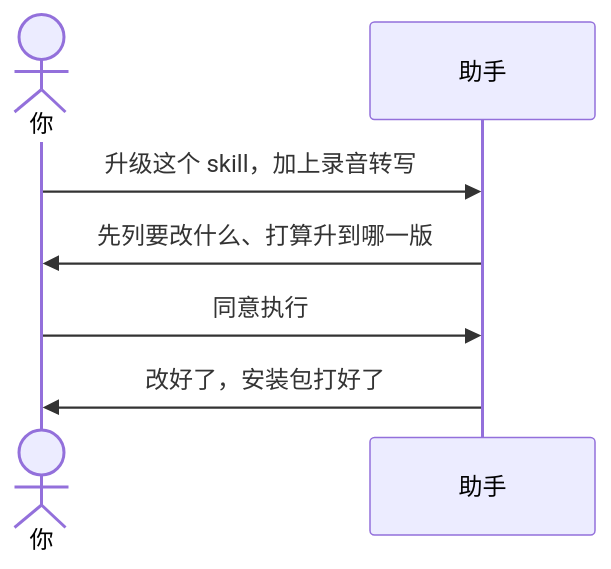
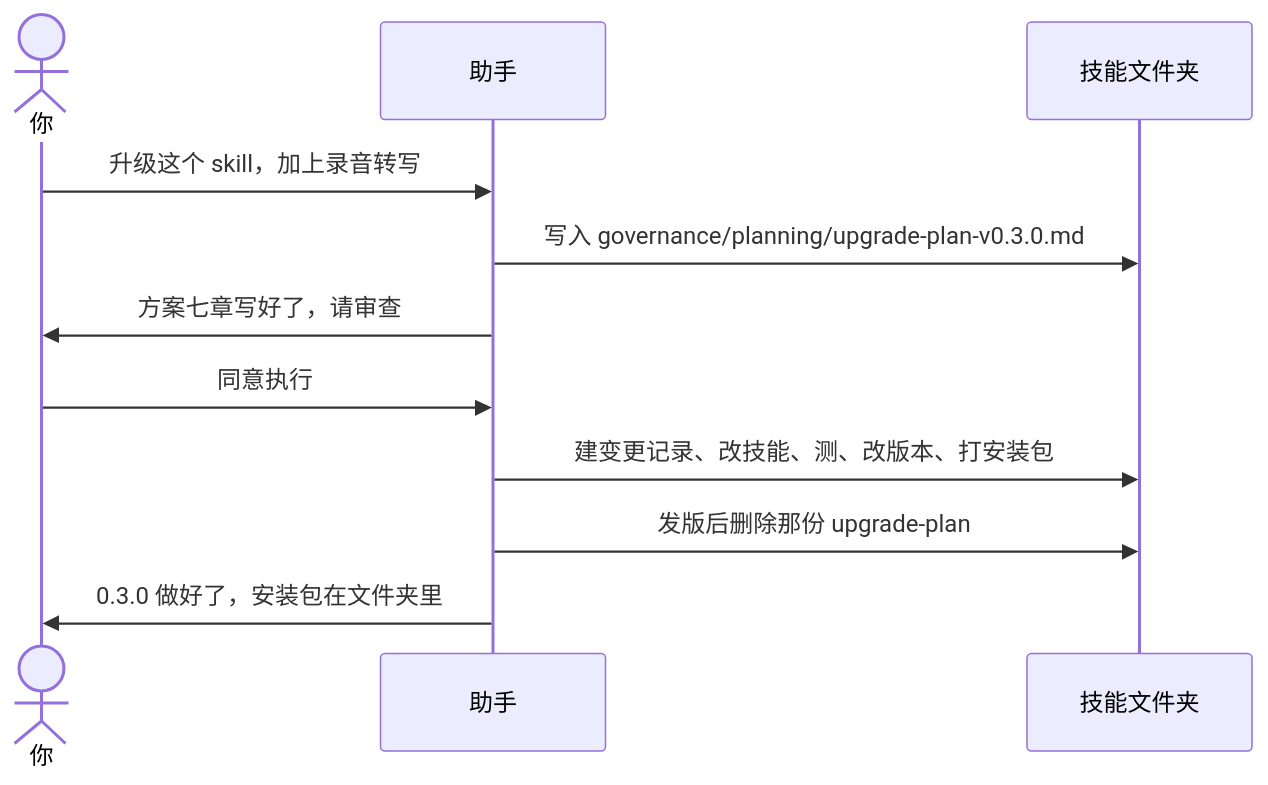
The diagram in examples/08-初始化之后怎么升级.md (qiusuo0226/skill-devkit-skill), drawn with Mermaid before and after one commit. The commit also changed other lines of this file and 16 other files, not shown here.

````diff
--- a/examples/08-初始化之后怎么升级.md
+++ b/examples/08-初始化之后怎么升级.md
@@ -11,10 +70,14 @@
 ```mermaid
 sequenceDiagram
     actor You as 你
     participant AI as 助手
+    participant File as 技能文件夹
 
     You->>AI: 升级这个 skill，加上录音转写
-    AI->>You: 先列要改什么、打算升到哪一版
+    AI->>File: 写入 governance/planning/upgrade-plan-v0.3.0.md
+    AI->>You: 方案七章写好了，请审查
     You->>AI: 同意执行
-    AI->>You: 改好了，安装包打好了
+    AI->>File: 建变更记录、改技能、测、改版本、打安装包
+    AI->>File: 发版后删除那份 upgrade-plan
+    AI->>You: 0.3.0 做好了，安装包在文件夹里
 ```
````
